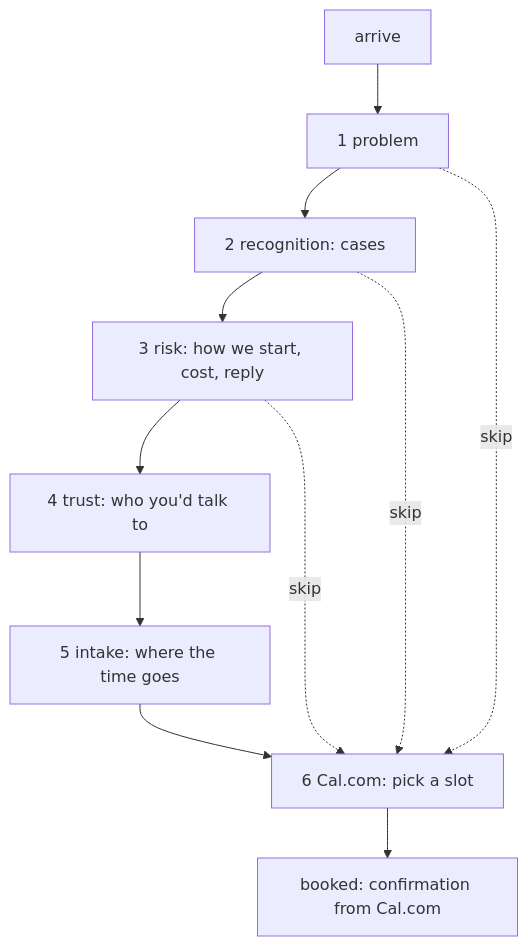
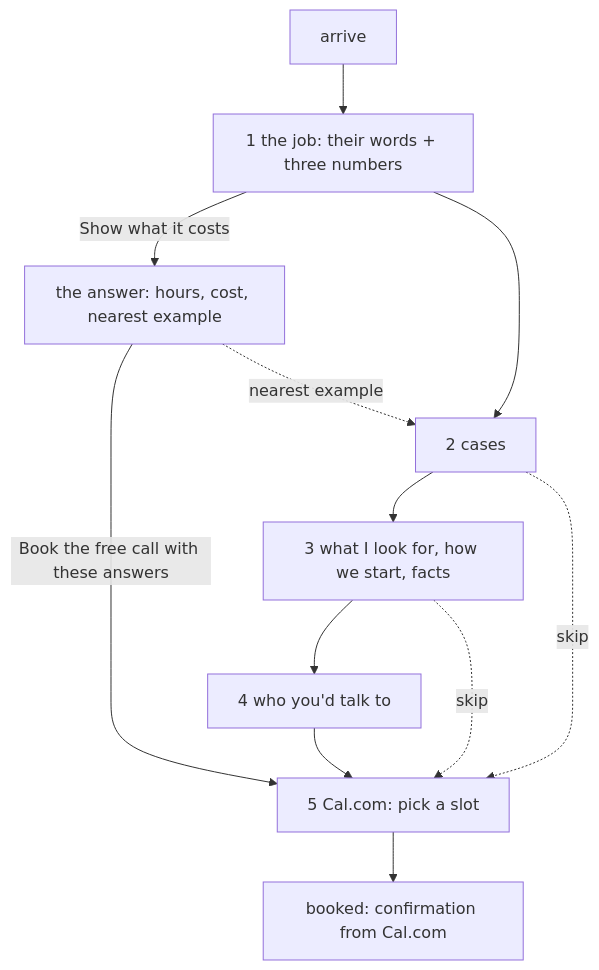
One commit to Rwb3n/rwb3n.github.io changed the diagram in _model/target/funnel.md. Above: the diagram before and after it, drawn with Mermaid. The commit also changed other lines of this file and 1 other file, not shown here.

First line of the commit message:
Target revised: one turn that answers the visitor, the diagnosis, capacity said plainly

````diff
--- a/_model/target/funnel.md
+++ b/_model/target/funnel.md
@@ -22,13 +28,14 @@
 ```mermaid
 flowchart TD
-  A[arrive] --> P[1 problem]
-  P --> R[2 recognition: cases]
-  R --> K[3 risk: how we start, cost, reply]
-  K --> T[4 trust: who you'd talk to]
-  T --> I[5 intake: where the time goes]
-  I --> B[6 Cal.com: pick a slot]
-  B --> C[booked: confirmation from Cal.com]
-  P -. skip .-> B
-  R -. skip .-> B
+  A[arrive] --> J[1 the job: their words + three numbers]
+  J -- "Show what it costs" --> R[the answer: hours, cost, nearest example]
+  R -- "Book the free call with these answers" --> B
+  J --> C[2 cases]
+  R -. nearest example .-> C
+  C --> K[3 what I look for, how we start, facts]
+  K --> T[4 who you'd talk to]
+  T --> B[5 Cal.com: pick a slot]
+  B --> D[booked: confirmation from Cal.com]
+  C -. skip .-> B
   K -. skip .-> B
 ```
````
